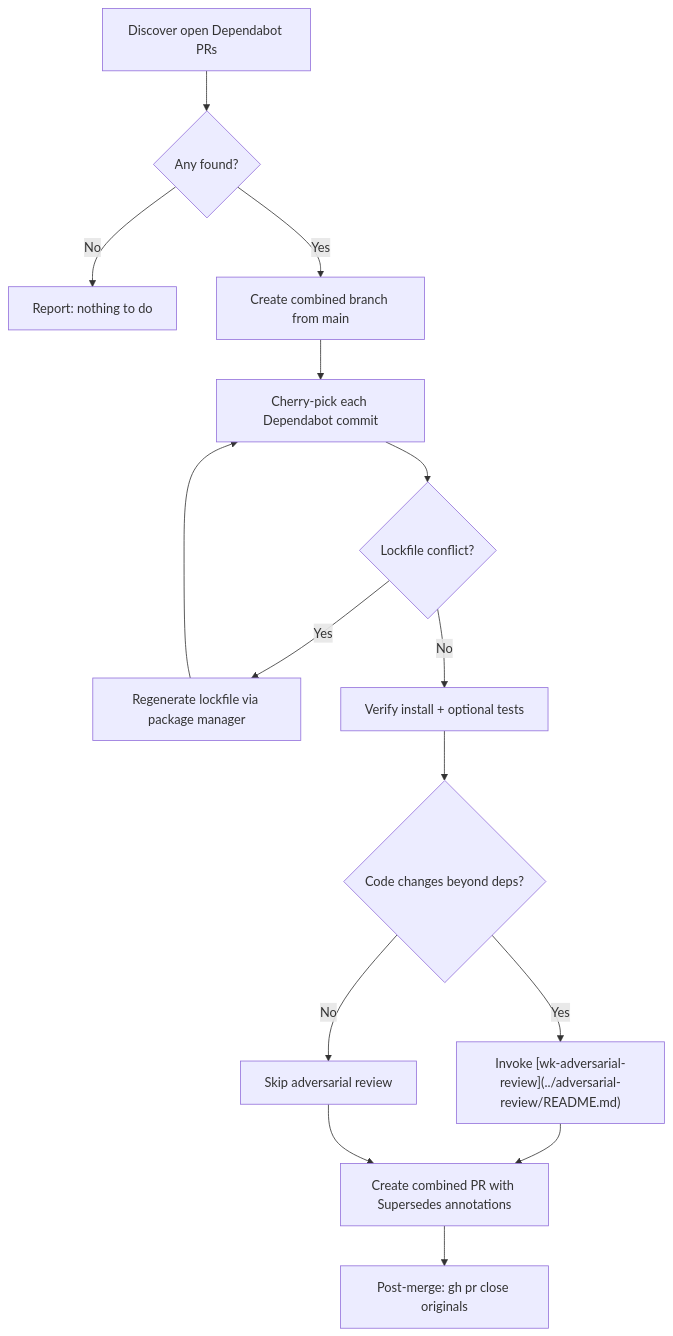
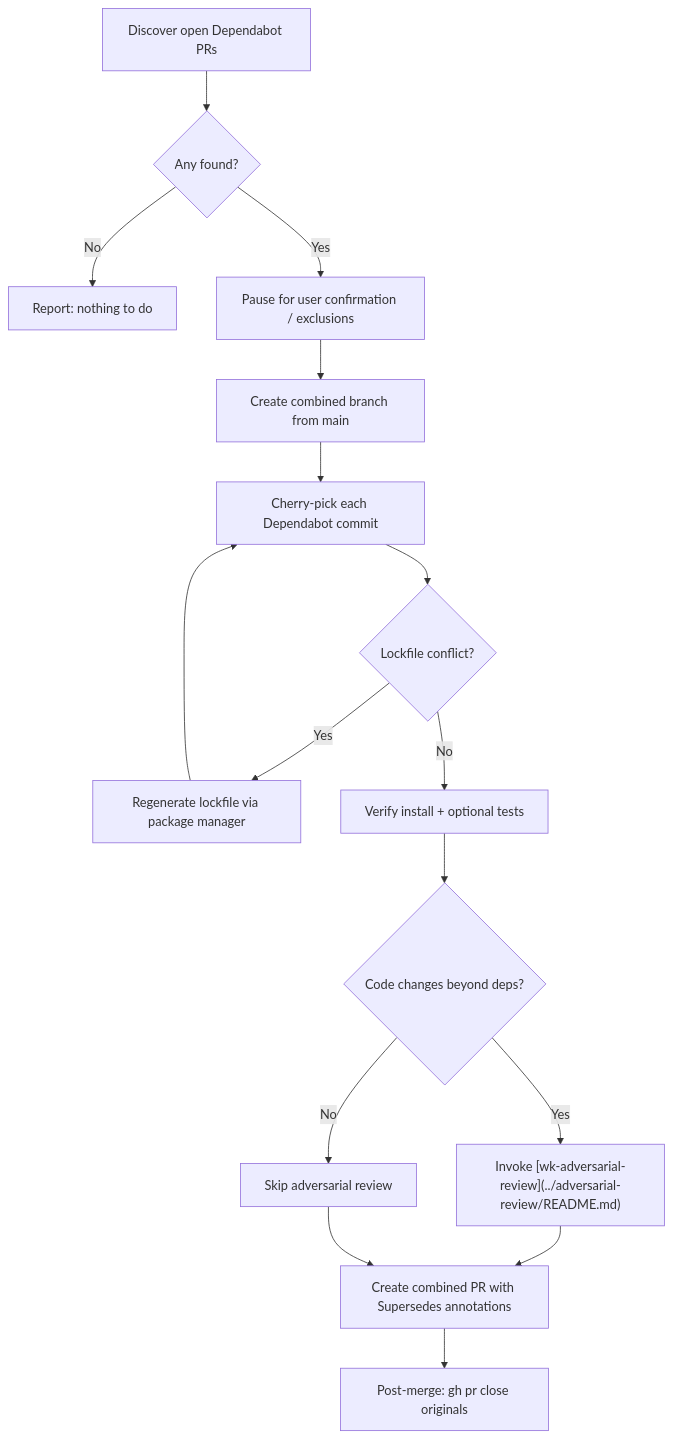
The diagram in skills/renovate/README.md (whizzzkid/skills), drawn with Mermaid before and after one commit. The commit also changed other lines of this file and 5 other files, not shown here.

````diff
--- a/skills/renovate/README.md
+++ b/skills/renovate/README.md
@@ -24,17 +24,18 @@
 ```mermaid
 flowchart TD
     A[Discover open Dependabot PRs] --> B{Any found?}
     B -- No --> Z[Report: nothing to do]
-    B -- Yes --> C[Create combined branch from main]
+    B -- Yes --> B2[Pause for user confirmation / exclusions]
+    B2 --> C[Create combined branch from main]
     C --> D[Cherry-pick each Dependabot commit]
     D --> E{Lockfile conflict?}
     E -- Yes --> F[Regenerate lockfile via package manager]
     F --> D
     E -- No --> G[Verify install + optional tests]
     G --> H{Code changes beyond deps?}
     H -- Yes --> I["Invoke [wk-adversarial-review](../adversarial-review/README.md)"]
     H -- No --> J[Skip adversarial review]
     I --> K[Create combined PR with Supersedes annotations]
     J --> K
     K --> L[Post-merge: gh pr close originals]
 ```
````
